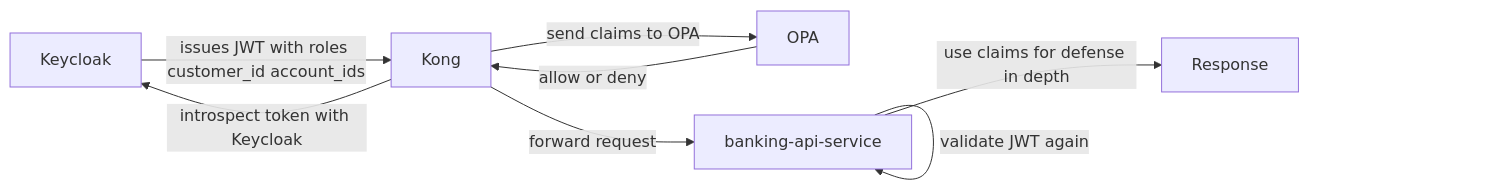
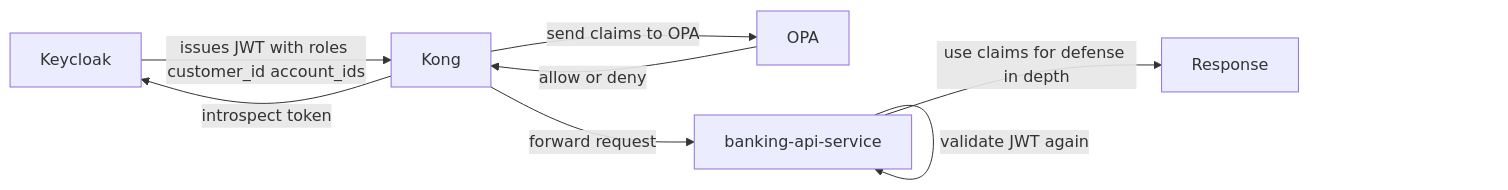
The third of 3 diagrams in docs/06-keycloak-idp.md (geekchow/micro-service-auth), drawn with Mermaid before and after one commit. The commit also changed other lines of this file, not shown here.

Commit message:
docs: refocus 06 on Keycloak, relocate generic token theory

````diff
--- a/docs/06-keycloak-idp.md
+++ b/docs/06-keycloak-idp.md
@@ -568,10 +251,10 @@
 ```mermaid
 flowchart LR
     K[Keycloak] -->|issues JWT with roles customer_id account_ids| G[Kong]
-    G -->|introspect token with Keycloak| K
+    G -->|introspect token| K
     G -->|send claims to OPA| O[OPA]
     O -->|allow or deny| G
     G -->|forward request| B[banking-api-service]
     B -->|validate JWT again| B
     B -->|use claims for defense in depth| R[Response]
 ```
````
